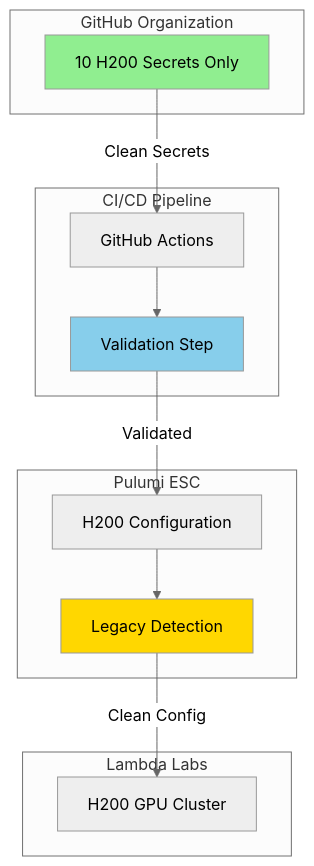
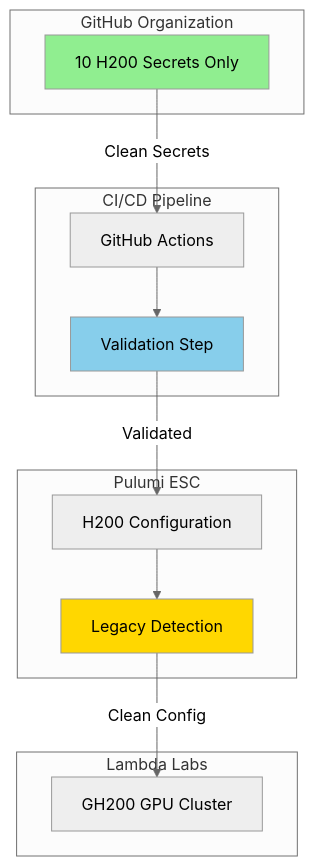
Before and after one commit to ai-cherry/sophia-strategic-development: the diagram in docs/implementation/LAMBDA_LABS_H200_INTEGRATION_AUDIT.md, drawn with Mermaid (neutral theme). The commit also changed other lines of this file and 31 other files, not shown here.

````diff
--- a/docs/implementation/LAMBDA_LABS_H200_INTEGRATION_AUDIT.md
+++ b/docs/implementation/LAMBDA_LABS_H200_INTEGRATION_AUDIT.md
@@ -205,30 +205,30 @@
 ```mermaid
 graph TB
     subgraph "GitHub Organization"
         A[10 H200 Secrets Only]
     end
 
     subgraph "CI/CD Pipeline"
         B[GitHub Actions]
         C[Validation Step]
     end
 
     subgraph "Pulumi ESC"
         D[H200 Configuration]
         E[Legacy Detection]
     end
 
     subgraph "Lambda Labs"
-        F[H200 GPU Cluster]
+        F[GH200 GPU Cluster]
     end
 
     A -->|Clean Secrets| B
     B --> C
     C -->|Validated| D
     D --> E
     E -->|Clean Config| F
 
     style A fill:#90EE90
     style C fill:#87CEEB
     style E fill:#FFD700
 ```
````
